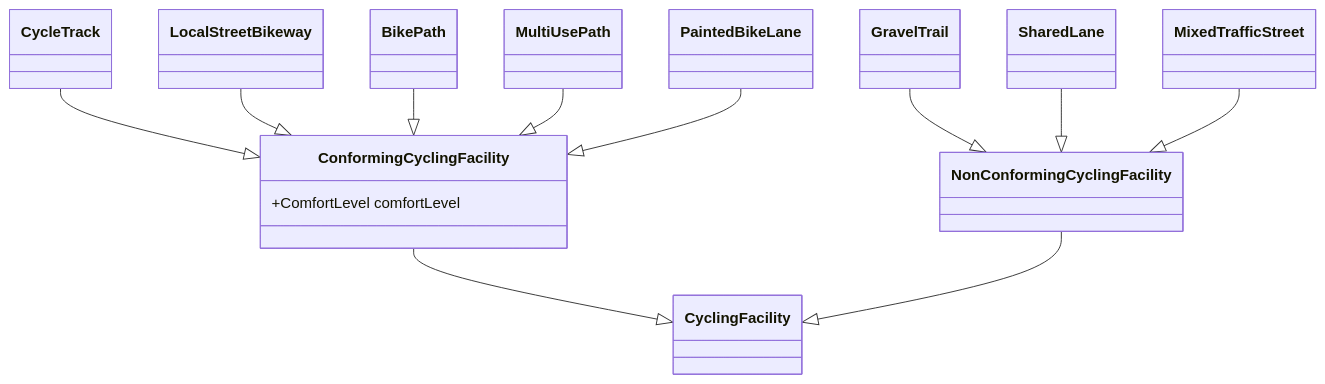
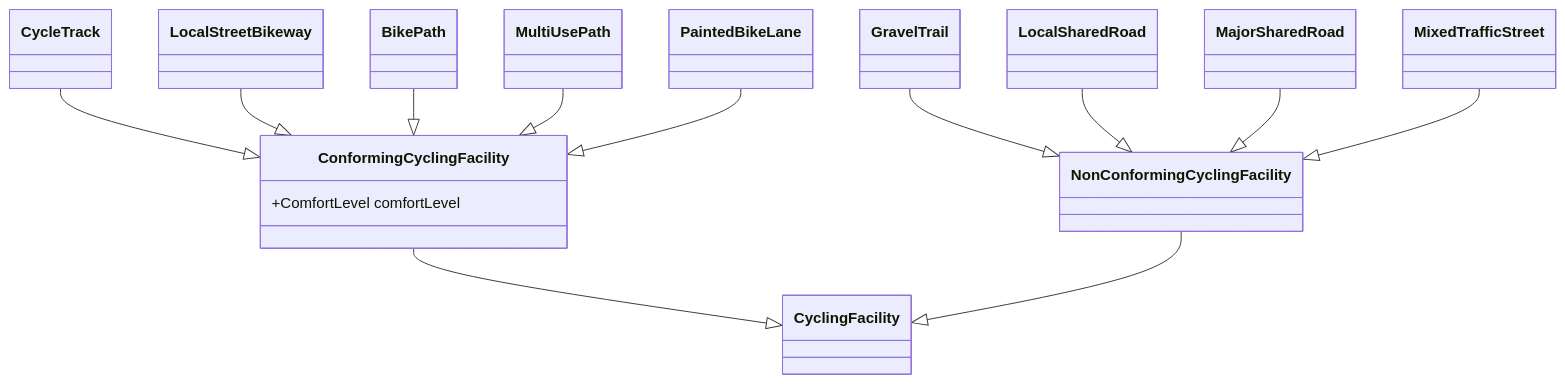
Before and after one commit to CSBP-CPSE/CanBICSOntology: the diagram in README.md, drawn with Mermaid. The commit also changed 5 other files, not shown here.

Commit message:
split shared road classification

````diff
--- a/README.md
+++ b/README.md
@@ -7,22 +7,23 @@
 ```mermaid
 
 classDiagram
     CyclingFacility
 
     class ConformingCyclingFacility {
       +ComfortLevel comfortLevel 
     }
 
     ConformingCyclingFacility --|> CyclingFacility
     NonConformingCyclingFacility --|> CyclingFacility
     CycleTrack --|> ConformingCyclingFacility
     LocalStreetBikeway --|> ConformingCyclingFacility
     BikePath --|> ConformingCyclingFacility
     MultiUsePath --|> ConformingCyclingFacility
     PaintedBikeLane --|> ConformingCyclingFacility
     GravelTrail --|> NonConformingCyclingFacility 
-    SharedLane --|> NonConformingCyclingFacility
+    LocalSharedRoad --|> NonConformingCyclingFacility
+    MajorSharedRoad --|> NonConformingCyclingFacility
     MixedTrafficStreet --|> NonConformingCyclingFacility
 
 
 ```
````
